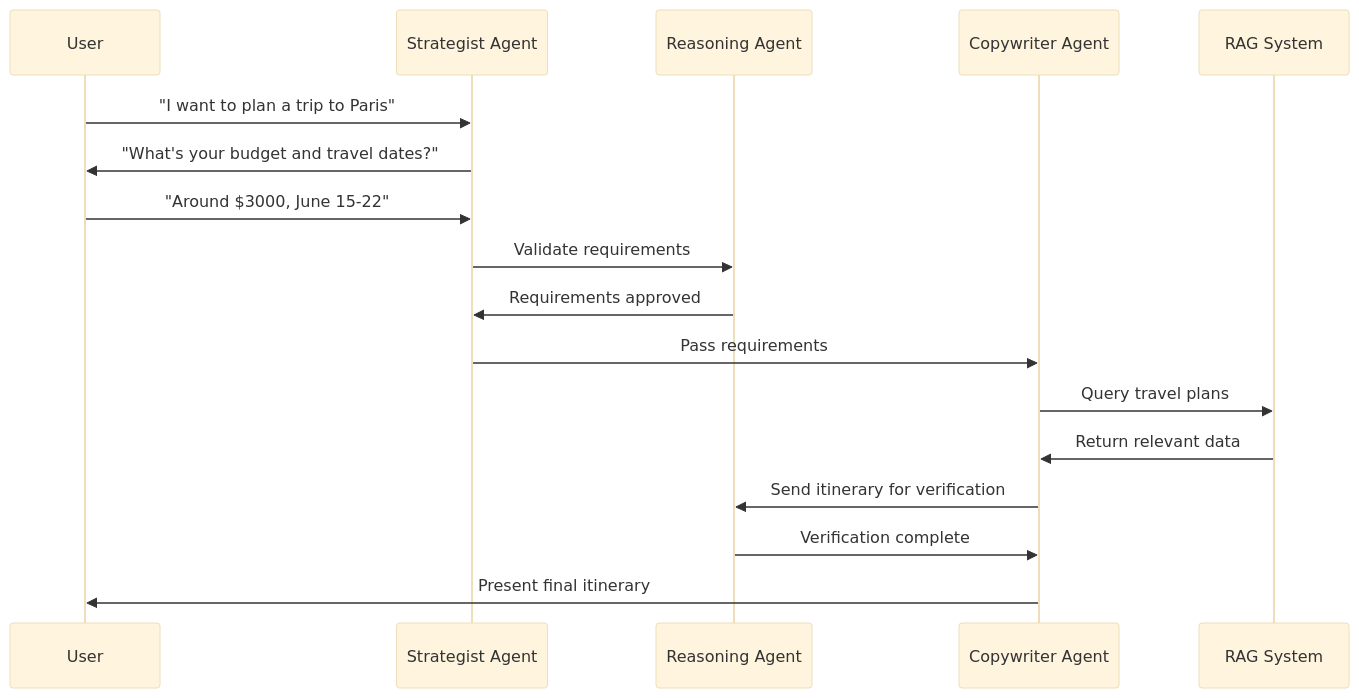
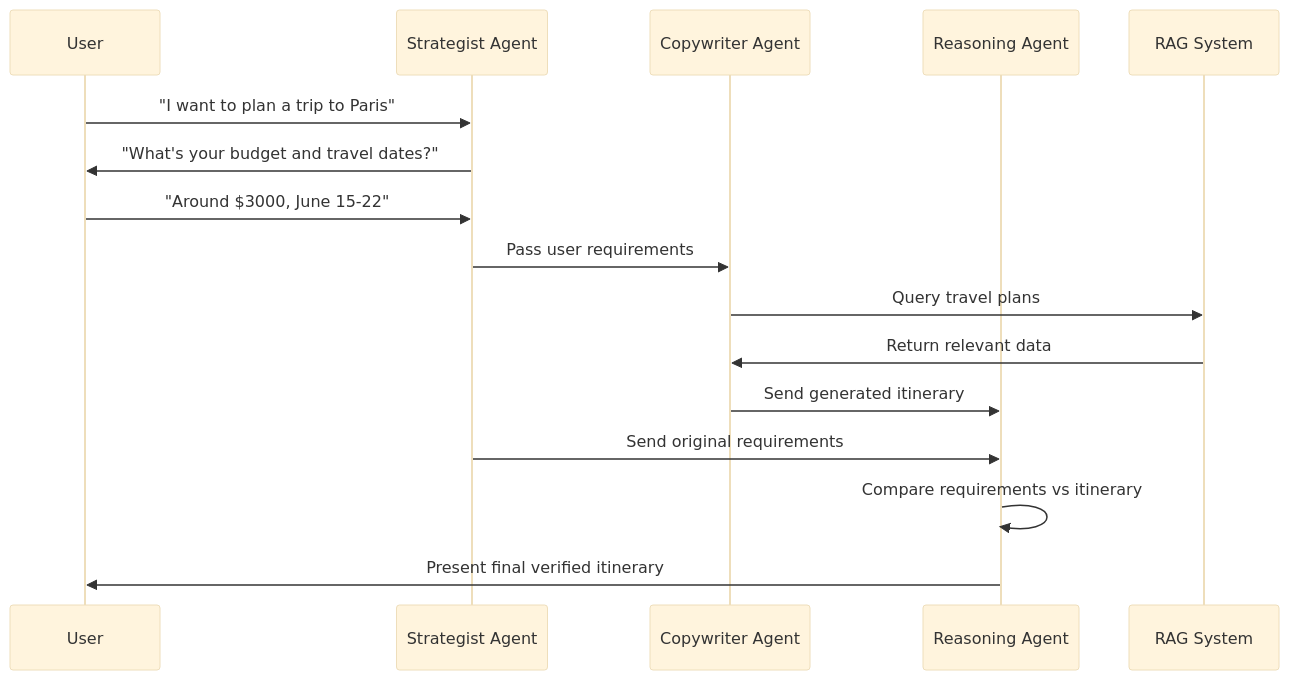
The second of 2 diagrams in workflow_diagram.md (saha0073/travel-itinerary-generation), drawn with Mermaid (base theme) before and after one commit. The commit also changed other lines of this file, not shown here.

````diff
--- a/workflow_diagram.md
+++ b/workflow_diagram.md
@@ -48,20 +48,19 @@
 ```mermaid
 sequenceDiagram
     participant U as User
     participant SA as Strategist Agent
+    participant CA as Copywriter Agent
     participant RA as Reasoning Agent
-    participant CA as Copywriter Agent
     participant RAG as RAG System
     
     U->>SA: "I want to plan a trip to Paris"
     SA->>U: "What's your budget and travel dates?"
     U->>SA: "Around $3000, June 15-22"
-    SA->>RA: Validate requirements
-    RA->>SA: Requirements approved
-    SA->>CA: Pass requirements
+    SA->>CA: Pass user requirements
     CA->>RAG: Query travel plans
     RAG->>CA: Return relevant data
-    CA->>RA: Send itinerary for verification
-    RA->>CA: Verification complete
-    CA->>U: Present final itinerary
+    CA->>RA: Send generated itinerary
+    SA->>RA: Send original requirements
+    RA->>RA: Compare requirements vs itinerary
+    RA->>U: Present final verified itinerary
 ```
````
